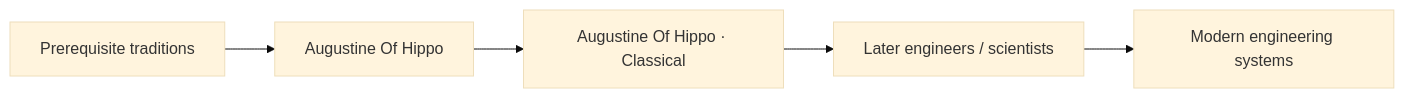
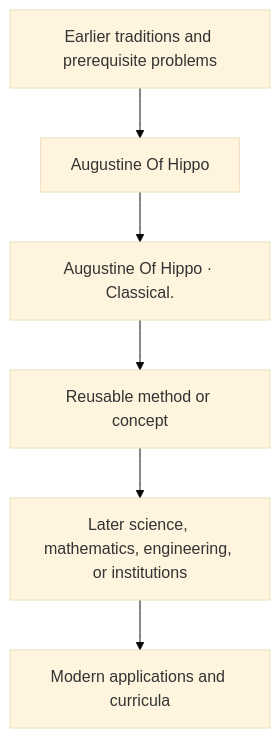
The diagram in docs/history/augustine-of-hippo/influence.md (via-decide/ViaLogic), drawn with Mermaid (base theme) before and after one commit. The commit also changed other lines of this file and 858 other files, not shown here.

````diff
--- a/docs/history/augustine-of-hippo/influence.md
+++ b/docs/history/augustine-of-hippo/influence.md
@@ -29,7 +16,8 @@
 ```mermaid
-graph LR
-  prerequisites["Prerequisite traditions"] --> current["Augustine Of Hippo"]
-  current --> contribution["Augustine Of Hippo · Classical"]
-  contribution --> successors["Later engineers / scientists"]
-  successors --> modern["Modern engineering systems"]
+graph TD
+  Prior[Earlier traditions and prerequisite problems] --> Person[Augustine Of Hippo]
+  Person --> Contribution[Augustine Of Hippo · Classical.]
+  Contribution --> Method[Reusable method or concept]
+  Method --> Later[Later science, mathematics, engineering, or institutions]
+  Later --> Modern[Modern applications and curricula]
 ```
````
